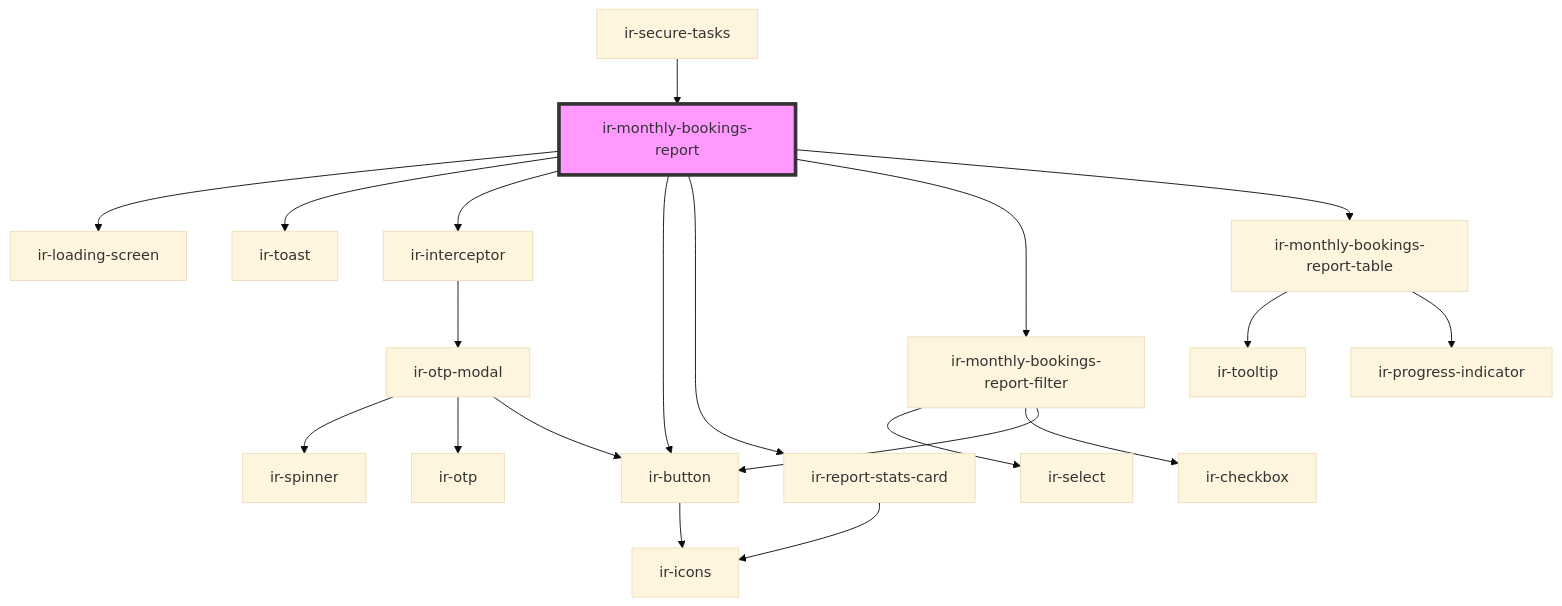
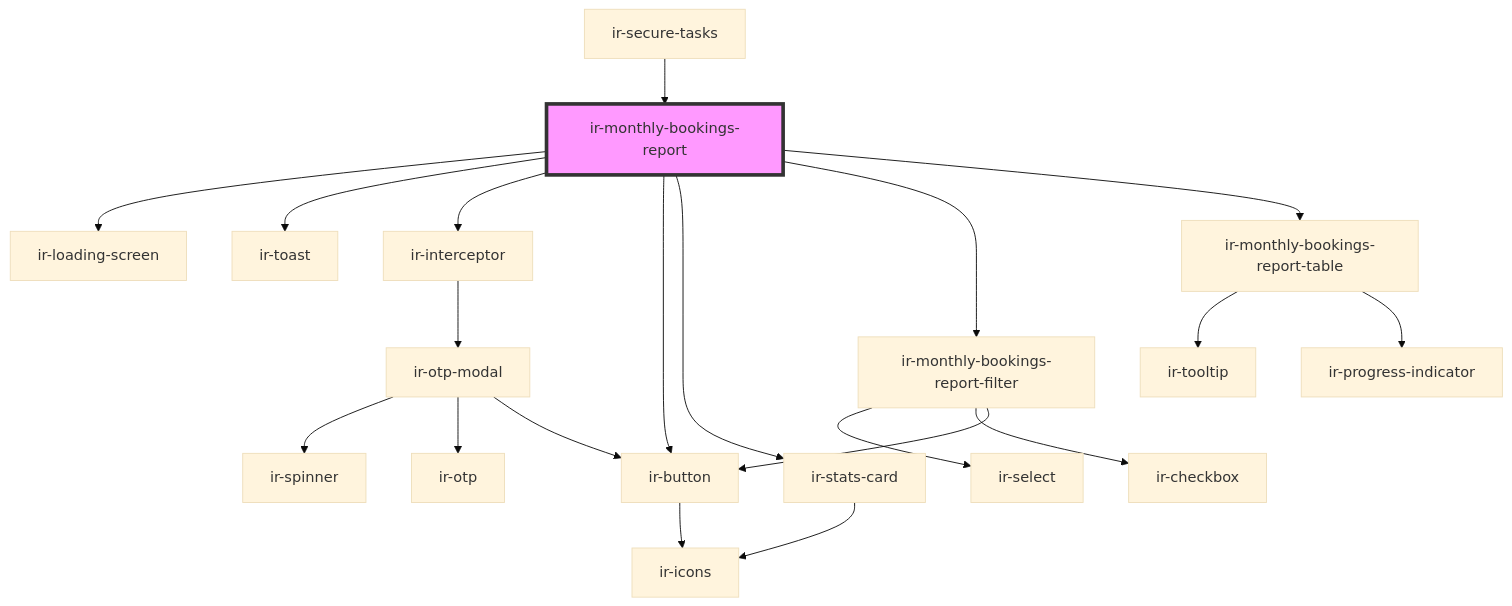
One commit to David1Chowaifaty/modified-ir-webcmp changed the diagram in src/components/ir-monthly-bookings-report/readme.md. Above: the diagram before and after it, drawn with Mermaid (base theme). The commit also changed other lines of this file and 50 other files, not shown here.

````diff
--- a/src/components/ir-monthly-bookings-report/readme.md
+++ b/src/components/ir-monthly-bookings-report/readme.md
@@ -35,23 +35,23 @@
 ```mermaid
 graph TD;
   ir-monthly-bookings-report --> ir-loading-screen
   ir-monthly-bookings-report --> ir-toast
   ir-monthly-bookings-report --> ir-interceptor
   ir-monthly-bookings-report --> ir-button
-  ir-monthly-bookings-report --> ir-report-stats-card
+  ir-monthly-bookings-report --> ir-stats-card
   ir-monthly-bookings-report --> ir-monthly-bookings-report-filter
   ir-monthly-bookings-report --> ir-monthly-bookings-report-table
   ir-interceptor --> ir-otp-modal
   ir-otp-modal --> ir-spinner
   ir-otp-modal --> ir-otp
   ir-otp-modal --> ir-button
   ir-button --> ir-icons
-  ir-report-stats-card --> ir-icons
+  ir-stats-card --> ir-icons
   ir-monthly-bookings-report-filter --> ir-select
   ir-monthly-bookings-report-filter --> ir-checkbox
   ir-monthly-bookings-report-filter --> ir-button
   ir-monthly-bookings-report-table --> ir-tooltip
   ir-monthly-bookings-report-table --> ir-progress-indicator
   ir-secure-tasks --> ir-monthly-bookings-report
   style ir-monthly-bookings-report fill:#f9f,stroke:#333,stroke-width:4px
 ```
````
